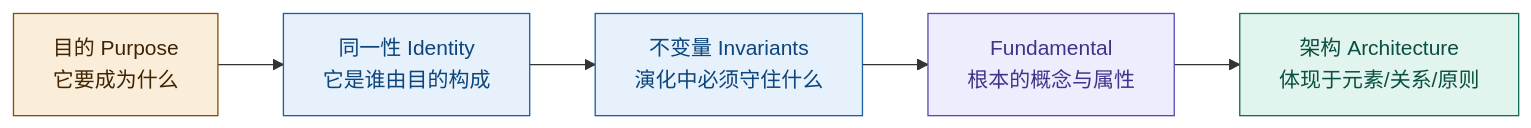
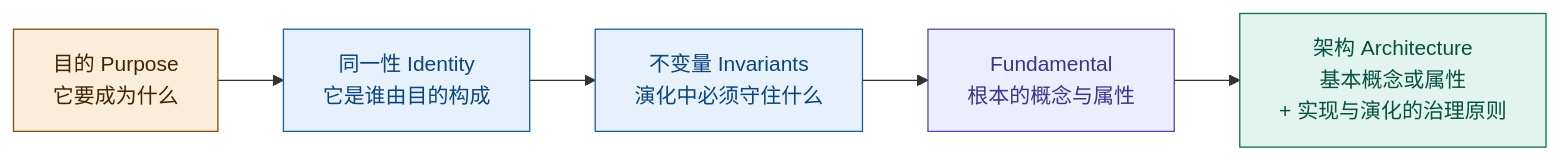
Diagram 16 of 24 in 50-research/00-系统工程相关研究报告/07-架构概念研究报告-从概念设计到架构.md (Yongjunzhou/AOS-system-design), drawn with Mermaid before and after one commit. The commit also changed other lines of this file and 11 other files, not shown here.

````diff
--- a/50-research/00-系统工程相关研究报告/07-架构概念研究报告-从概念设计到架构.md
+++ b/50-research/00-系统工程相关研究报告/07-架构概念研究报告-从概念设计到架构.md
@@ -609,12 +609,12 @@
 ```mermaid
 flowchart LR
     P["目的 Purpose<br/>它要成为什么"] --> ID["同一性 Identity<br/>它是谁由目的构成"]
     ID --> INV["不变量 Invariants<br/>演化中必须守住什么"]
     INV --> FU["Fundamental<br/>根本的概念与属性"]
-    FU --> AR["架构 Architecture<br/>体现于元素/关系/原则"]
+    FU --> AR["架构 Architecture<br/>基本概念或属性<br/>+ 实现与演化的治理原则"]
     style P fill:#FAEEDA,stroke:#854F0B,color:#412402
     style ID fill:#E6F1FB,stroke:#185FA5,color:#0C447C
     style INV fill:#E6F1FB,stroke:#185FA5,color:#0C447C
     style FU fill:#EEEDFE,stroke:#534AB7,color:#3C3489
     style AR fill:#E1F5EE,stroke:#0F6E56,color:#085041
 ```
````
